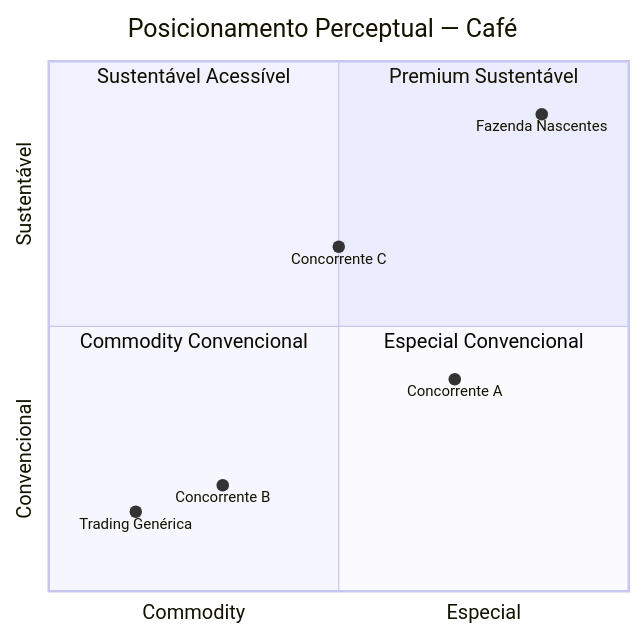
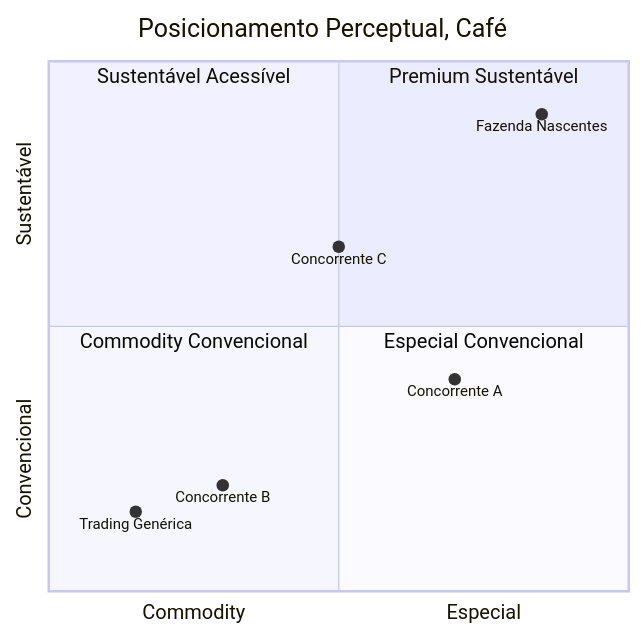
The second of 2 diagrams in books/branding-agro/capitulos/12-posicionamento-marca-agro.qmd (ldvsantos/cv), drawn with Mermaid before and after one commit. The commit also changed other lines of this file and 300 other files, not shown here.

````diff
--- a/books/branding-agro/capitulos/12-posicionamento-marca-agro.qmd
+++ b/books/branding-agro/capitulos/12-posicionamento-marca-agro.qmd
@@ -91,17 +91,17 @@
 ```{mermaid}
 %%| label: fig-mapa
 %%| fig-cap: "Exemplo de mapa de posicionamento para café"
 quadrantChart
-    title Posicionamento Perceptual — Café
+    title Posicionamento Perceptual,  Café
     x-axis "Commodity" --> "Especial"
     y-axis "Convencional" --> "Sustentável"
     quadrant-1 "Premium Sustentável"
     quadrant-2 "Sustentável Acessível"
     quadrant-3 "Commodity Convencional"
     quadrant-4 "Especial Convencional"
     "Fazenda Nascentes": [0.85, 0.90]
     "Concorrente A": [0.70, 0.40]
     "Concorrente B": [0.30, 0.20]
     "Concorrente C": [0.50, 0.65]
     "Trading Genérica": [0.15, 0.15]
 ```
````
